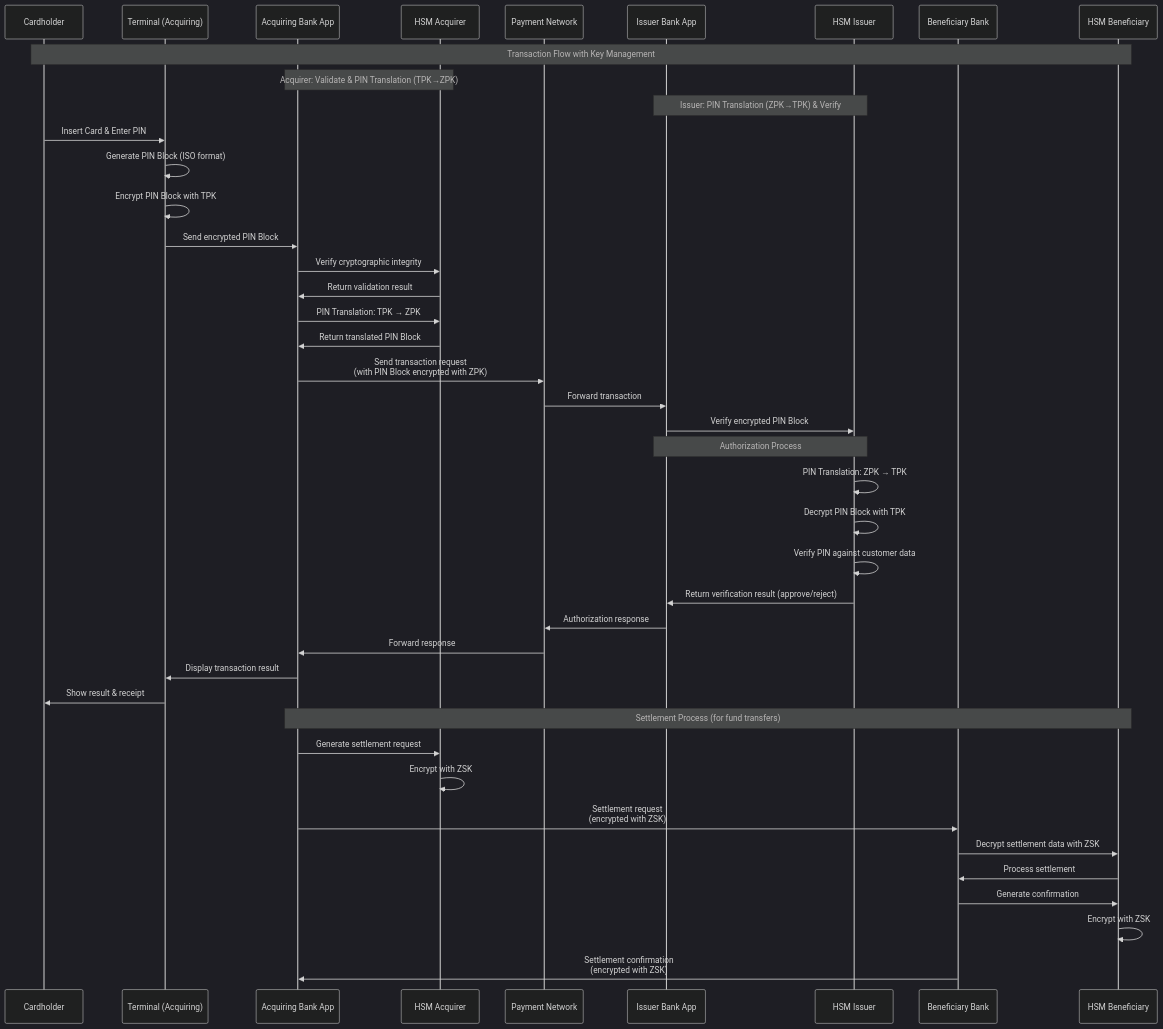
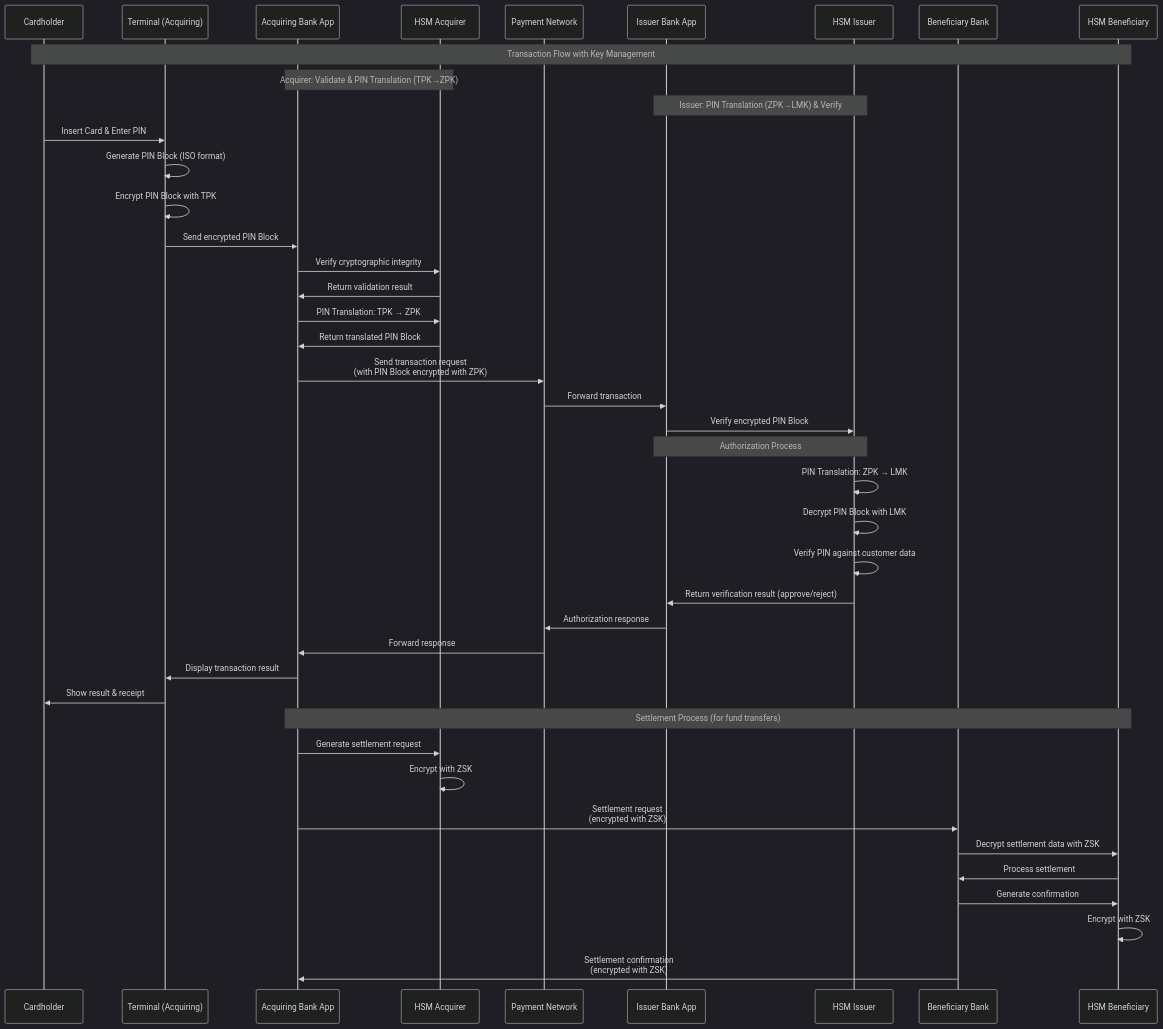
One commit to artivisi/hsm-simulator changed the second of 2 diagrams in README.md. Above: the diagram before and after it, drawn with Mermaid (dark theme). The commit also changed other lines of this file, not shown here.

First line of the commit message:
docs: Fix incorrect PIN translation flow and add zone translation endpoints

````diff
--- a/README.md
+++ b/README.md
@@ -180,49 +182,49 @@
 ```mermaid
 sequenceDiagram
     participant C as Cardholder
     participant T as Terminal (Acquiring)
     participant AB as Acquiring Bank App
     participant AB_HSM as HSM Acquirer
     participant NW as Payment Network
     participant IB as Issuer Bank App
     participant IB_HSM as HSM Issuer
     participant BB as Beneficiary Bank
     participant BB_HSM as HSM Beneficiary
 
     Note over C,BB_HSM: Transaction Flow with Key Management
     Note over AB,AB_HSM: Acquirer: Validate & PIN Translation (TPK→ZPK)
-    Note over IB,IB_HSM: Issuer: PIN Translation (ZPK→TPK) & Verify
+    Note over IB,IB_HSM: Issuer: PIN Translation (ZPK→LMK) & Verify
 
     C->>T: Insert Card & Enter PIN
     T->>T: Generate PIN Block (ISO format)
     T->>T: Encrypt PIN Block with TPK
     T->>AB: Send encrypted PIN Block
     AB->>AB_HSM: Verify cryptographic integrity
     AB_HSM->>AB: Return validation result
     AB->>AB_HSM: PIN Translation: TPK → ZPK
     AB_HSM->>AB: Return translated PIN Block
     AB->>NW: Send transaction request<br/>(with PIN Block encrypted with ZPK)
 
     NW->>IB: Forward transaction
     IB->>IB_HSM: Verify encrypted PIN Block
     Note over IB,IB_HSM: Authorization Process
-    IB_HSM->>IB_HSM: PIN Translation: ZPK → TPK
-    IB_HSM->>IB_HSM: Decrypt PIN Block with TPK
+    IB_HSM->>IB_HSM: PIN Translation: ZPK → LMK
+    IB_HSM->>IB_HSM: Decrypt PIN Block with LMK
     IB_HSM->>IB_HSM: Verify PIN against customer data
     IB_HSM->>IB: Return verification result (approve/reject)
     IB->>NW: Authorization response
 
     NW->>AB: Forward response
     AB->>T: Display transaction result
     T->>C: Show result & receipt
 
     Note over AB,BB_HSM: Settlement Process (for fund transfers)
     AB->>AB_HSM: Generate settlement request
     AB_HSM->>AB_HSM: Encrypt with ZSK
     AB->>BB: Settlement request<br/>(encrypted with ZSK)
     BB->>BB_HSM: Decrypt settlement data with ZSK
     BB_HSM->>BB: Process settlement
     BB->>BB_HSM: Generate confirmation
     BB_HSM->>BB_HSM: Encrypt with ZSK
     BB->>AB: Settlement confirmation<br/>(encrypted with ZSK)
 ```
````
